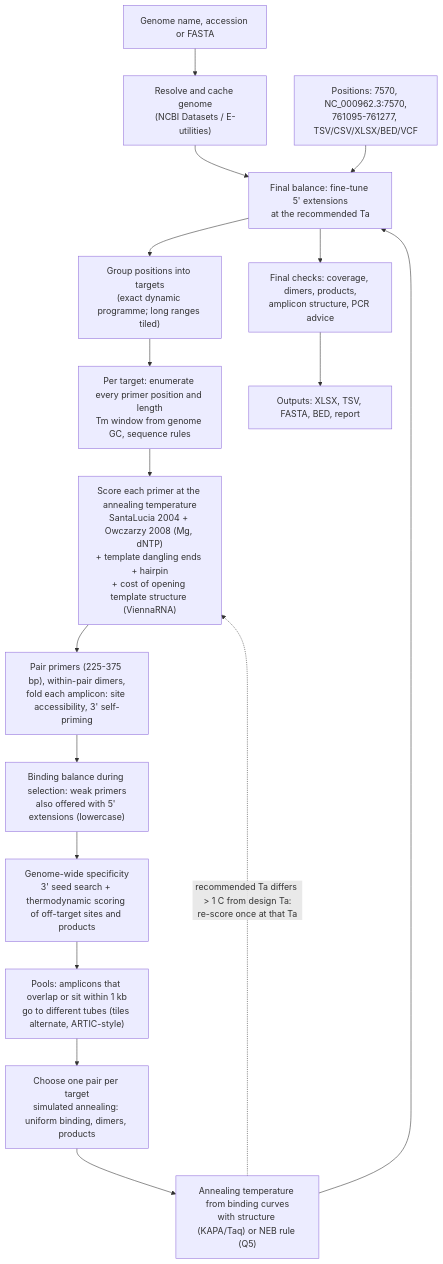
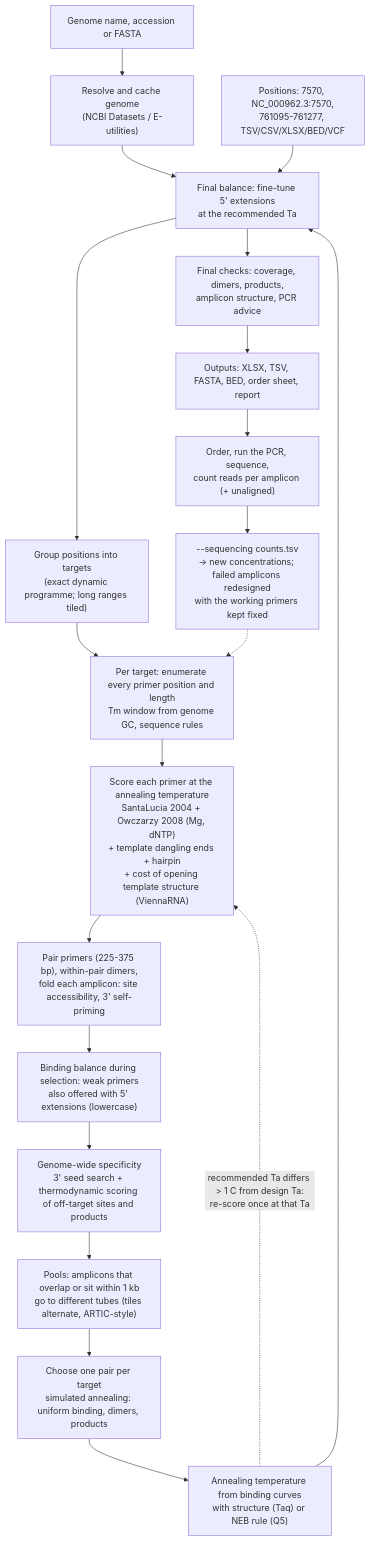
Before and after one commit to SemiQuant/PrimerJinn: the diagram in README.md, drawn with Mermaid. The commit also changed other lines of this file and 45 other files, not shown here.

First line of the commit message:
Rebalance and redesign from sequencing counts; DrDx.Me-styled GUI; junction amplicons

````diff
--- a/README.md
+++ b/README.md
@@ -117,19 +125,22 @@
 ```mermaid
 flowchart TD
     A["Genome name, accession or FASTA"] --> B["Resolve and cache genome<br/>(NCBI Datasets / E-utilities)"]
     P["Positions: 7570, NC_000962.3:7570,<br/>761095-761277, TSV/CSV/XLSX/BED/VCF"] --> K
     B --> K["Input check: names, ranges, VCF REF vs genome,<br/>N gaps, settings, software (stops on errors; --check stops here)"]
     K --> C["Group positions into targets<br/>(exact dynamic programme; long ranges tiled)"]
     C --> D["Per target: enumerate every primer position and length<br/>Tm window from genome GC, sequence rules"]
     D --> E["Score each primer at the annealing temperature<br/>SantaLucia 2004 + Owczarzy 2008 (Mg, dNTP)<br/>+ template dangling ends + hairpin<br/>+ cost of opening template structure (ViennaRNA)"]
     E --> F["Pair primers (225-375 bp), within-pair dimers,<br/>fold each amplicon: site accessibility, 3' self-priming"]
     F --> F2["Binding balance during selection: weak primers<br/>also offered with 5' extensions (lowercase)"]
     F2 --> G["Genome-wide specificity<br/>3' seed search + thermodynamic scoring of off-target sites and products"]
     G --> H["Pools: amplicons that overlap or sit within 1 kb<br/>go to different tubes (tiles alternate, ARTIC-style)"]
     H --> I["Choose one pair per target<br/>simulated annealing: uniform binding, dimers, products"]
-    I --> J["Annealing temperature from binding curves<br/>with structure (KAPA/Taq) or NEB rule (Q5)"]
+    I --> J["Annealing temperature from binding curves<br/>with structure (Taq) or NEB rule (Q5)"]
     J --> K["Final balance: fine-tune 5' extensions<br/>at the recommended Ta"]
     K --> L["Final checks: coverage, dimers, products,<br/>amplicon structure, PCR advice"]
-    L --> M["Outputs: XLSX, TSV, FASTA, BED, report"]
+    L --> M["Outputs: XLSX, TSV, FASTA, BED, order sheet, report"]
     J -. "recommended Ta differs > 1 C from design Ta:<br/>re-score once at that Ta" .-> E
+    M --> N["Order, run the PCR, sequence,<br/>count reads per amplicon (+ unaligned)"]
+    N --> O["--sequencing counts.tsv<br/>-> new concentrations; failed amplicons redesigned<br/>with the working primers kept fixed"]
+    O -.-> D
 ```
````
